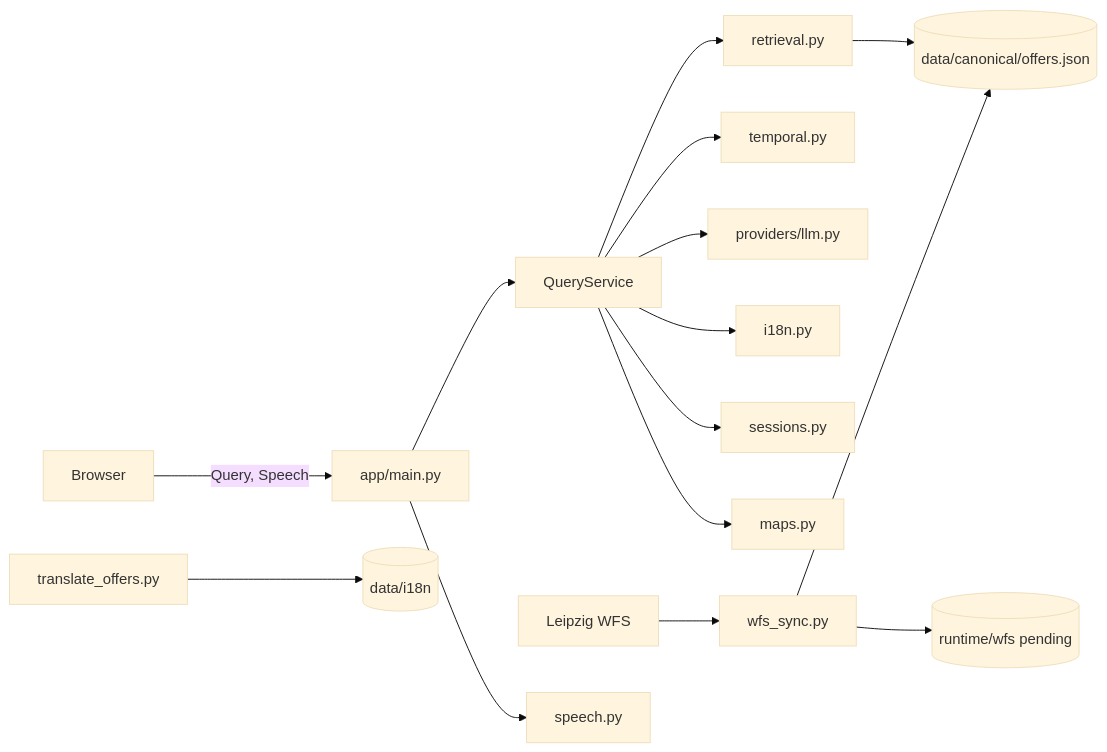
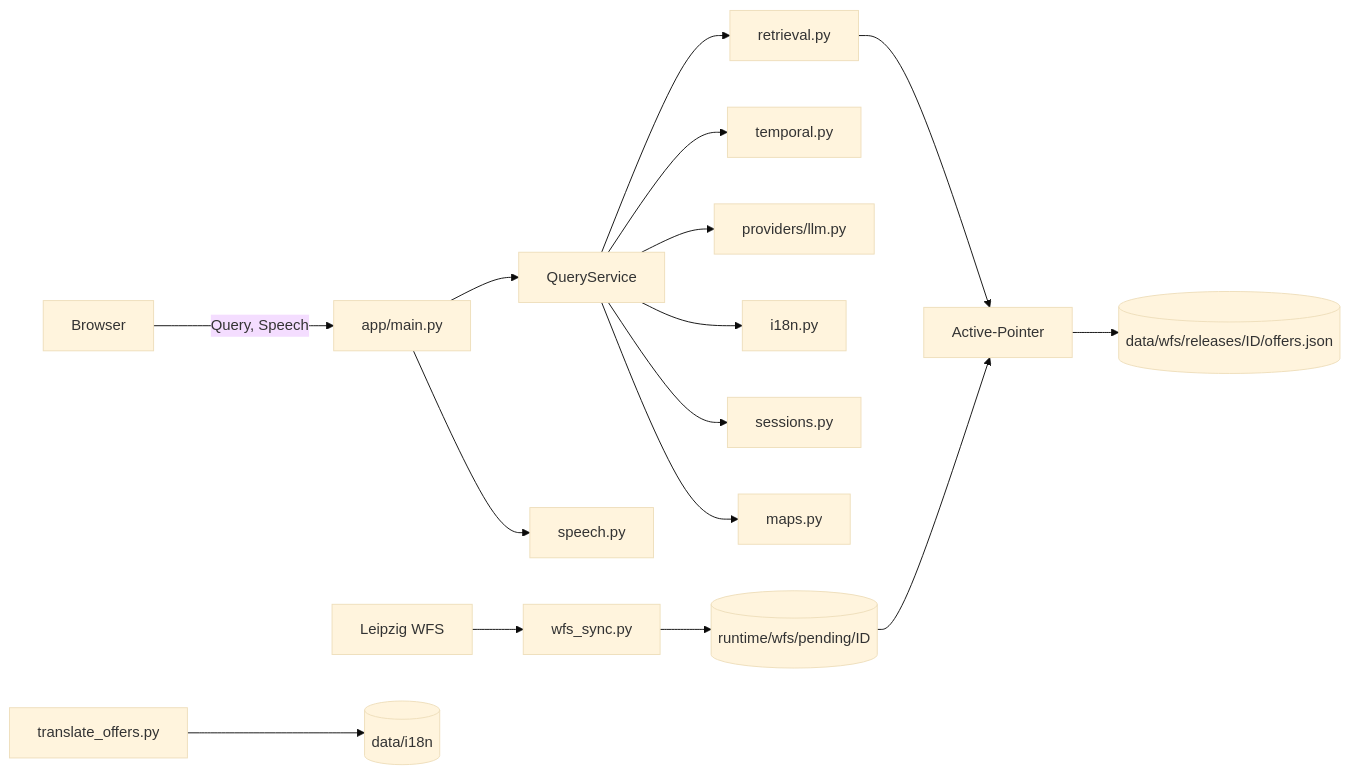
The diagram in docs/architecture/codebase-review.md (HannahHoffner/lena-grounded-voice-assistant), drawn with Mermaid (base theme) before and after one commit. The commit also changed other lines of this file and 8 other files, not shown here.

````diff
--- a/docs/architecture/codebase-review.md
+++ b/docs/architecture/codebase-review.md
@@ -92,17 +92,18 @@
 ```mermaid
 flowchart LR
     B[Browser] -->|Query, Speech| A[app/main.py]
     A --> Q[QueryService]
     Q --> R[retrieval.py]
     Q --> T[temporal.py]
     Q --> L[providers/llm.py]
     Q --> I[i18n.py]
     Q --> S[sessions.py]
     Q --> M[maps.py]
-    R --> K[(data/canonical/offers.json)]
+    R --> C[Active-Pointer]
+    C --> K[(data/wfs/releases/ID/offers.json)]
     W[Leipzig WFS] --> Y[wfs_sync.py]
-    Y --> P[(runtime/wfs pending)]
-    Y --> K
+    Y --> P[(runtime/wfs/pending/ID)]
+    P --> C
     O[translate_offers.py] --> I18N[(data/i18n)]
     A --> SP[speech.py]
 ```
````
